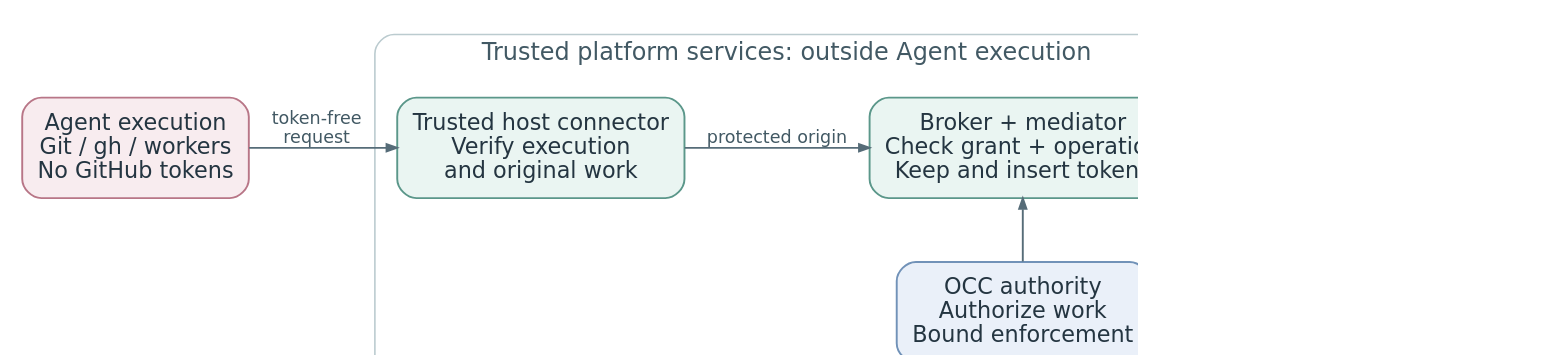
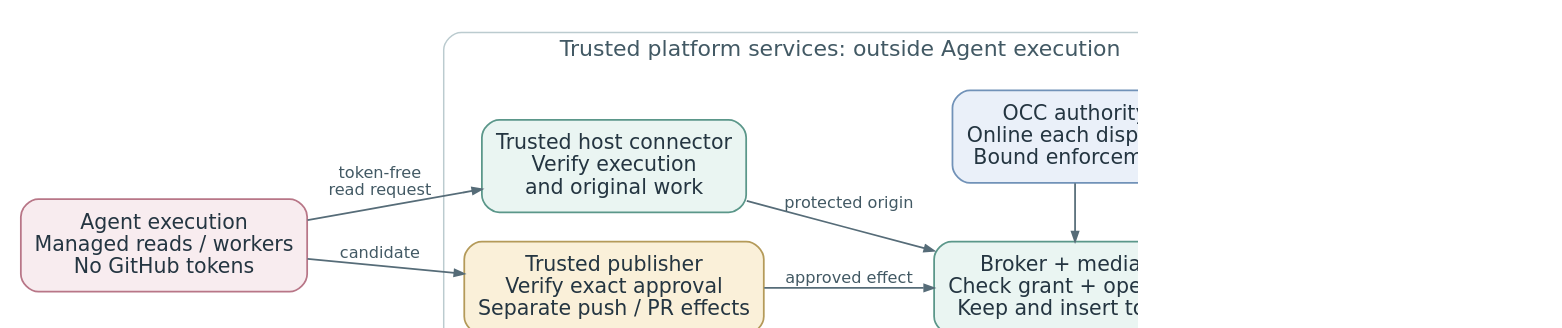
Before and after one commit to openclaw/rfcs: the diagram in rfcs/0034/credential-flow.dot, drawn with Graphviz. The commit also changed 9 other files, not shown here.

```diff
--- a/rfcs/0034/credential-flow.dot
+++ b/rfcs/0034/credential-flow.dot
@@ -1,56 +1,59 @@
 digraph CredentialFlow {
   graph [
     rankdir=LR,
     bgcolor="white",
     fontname="DejaVu Sans",
     fontsize=15,
     pad=0.12,
     nodesep=0.28,
     ranksep=0.38,
     size="11,3!",
     ratio=compress,
     dpi=100
   ];
   node [
     shape=box,
     style="rounded,filled",
     fontname="DejaVu Sans",
     fontsize=14,
     color="#637580",
     fontcolor="#243541",
     fillcolor="#EFF4F7",
     penwidth=1.2,
     margin="0.14,0.12"
   ];
   edge [
     fontname="DejaVu Sans",
     fontsize=11,
     color="#566C78",
     fontcolor="#425964",
     arrowsize=0.65,
     penwidth=1.2
   ];
 
-  agent [label="Agent execution\nGit / gh / workers\nNo GitHub tokens", fillcolor="#F8ECEF", color="#B87687"];
+  agent [label="Agent execution\nManaged reads / workers\nNo GitHub tokens", fillcolor="#F8ECEF", color="#B87687"];
   github [label="GitHub\nEnforce token scope\nand repository rules"];
 
   subgraph cluster_trusted {
     label="Trusted platform services: outside Agent execution";
     labelloc=t;
     color="#BBCBCF";
     fontcolor="#425964";
     style="rounded";
     margin=14;
 
     origin [label="Trusted host connector\nVerify execution\nand original work", fillcolor="#EAF5F2", color="#5B978A"];
     mediator [label="Broker + mediator\nCheck grant + operation\nKeep and insert tokens", fillcolor="#EAF5F2", color="#5B978A"];
-    authority [label="OCC authority\nAuthorize work\nBound enforcement", fillcolor="#EAF0F9", color="#7192B8"];
+    authority [label="OCC authority\nOnline each dispatch\nBound enforcement", fillcolor="#EAF0F9", color="#7192B8"];
 
+    publisher [label="Trusted publisher\nVerify exact approval\nSeparate push / PR effects", fillcolor="#FAF0D9", color="#B49A59"];
+    publisher -> mediator [label="approved effect"];
     { rank=same; authority; mediator; }
     authority -> mediator [constraint=false];
     origin -> mediator [label="protected origin"];
   }
 
-  agent -> origin [label="token-free\nrequest"];
+  agent -> origin [label="token-free\nread request"];
+  agent -> publisher [label="candidate"];
   mediator -> github [label="scoped\nrequest"];
 }
```
